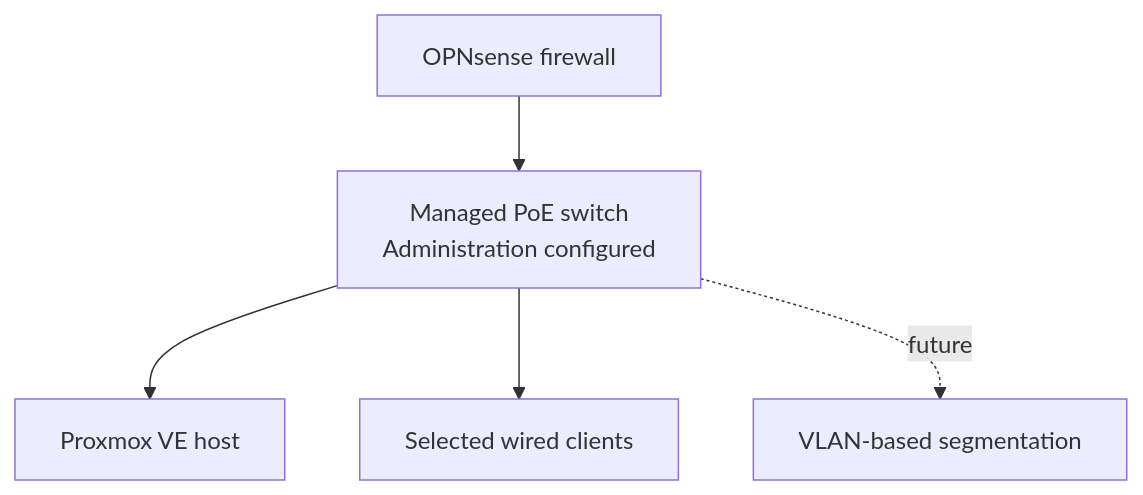
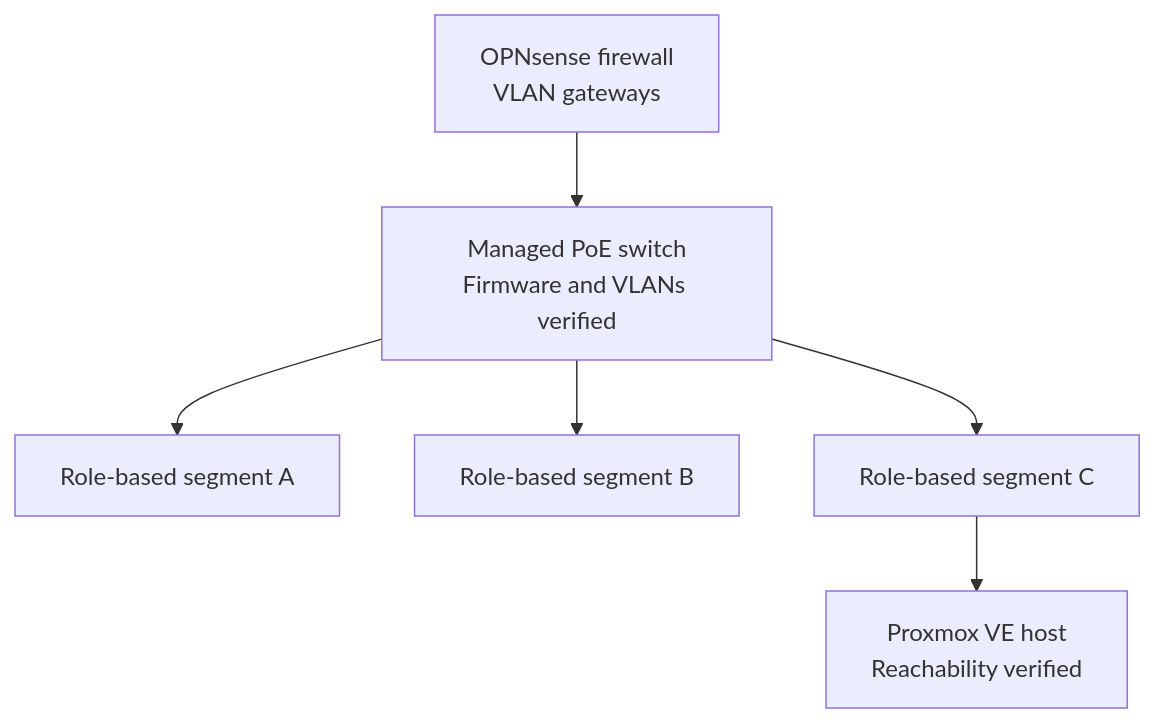
One commit to DeadPol8789/homelab changed the diagram in docs/managed-switch-deployment.md. Above: the diagram before and after it, drawn with Mermaid. The commit also changed other lines of this file and 9 other files, not shown here.

````diff
--- a/docs/managed-switch-deployment.md
+++ b/docs/managed-switch-deployment.md
@@ -33,7 +33,8 @@
 ```mermaid
 flowchart TD
-    FW["OPNsense firewall"] --> SW["Managed PoE switch<br/>Administration configured"]
-    SW --> PVE["Proxmox VE host"]
-    SW --> CLIENTS["Selected wired clients"]
-    SW -. "future" .-> SEG["VLAN-based segmentation"]
+    FW["OPNsense firewall<br/>VLAN gateways"] --> SW["Managed PoE switch<br/>Firmware and VLANs verified"]
+    SW --> SEG_A["Role-based segment A"]
+    SW --> SEG_B["Role-based segment B"]
+    SW --> SEG_C["Role-based segment C"]
+    SEG_C --> PVE["Proxmox VE host<br/>Reachability verified"]
 ```
````
